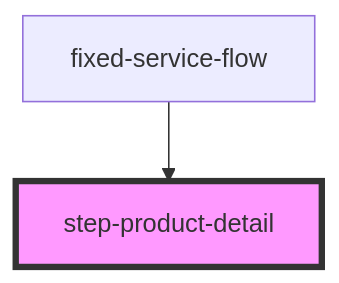
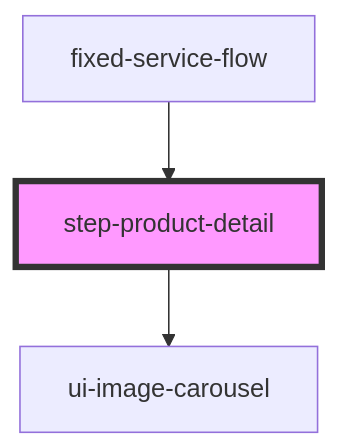
One commit to smlzjosue/fixed-service-flow-web-component changed the diagram in fixed-flow-labs/fixed-service-flow/src/components/steps/step-product-detail/readme.md. Above: the diagram before and after it, drawn with Mermaid. The commit also changed other lines of this file and 45 other files, not shown here.

````diff
--- a/fixed-flow-labs/fixed-service-flow/src/components/steps/step-product-detail/readme.md
+++ b/fixed-flow-labs/fixed-service-flow/src/components/steps/step-product-detail/readme.md
@@ -74,5 +78,6 @@
 ```mermaid
 graph TD;
+  step-product-detail --> ui-image-carousel
   fixed-service-flow --> step-product-detail
   style step-product-detail fill:#f9f,stroke:#333,stroke-width:4px
 ```
````
